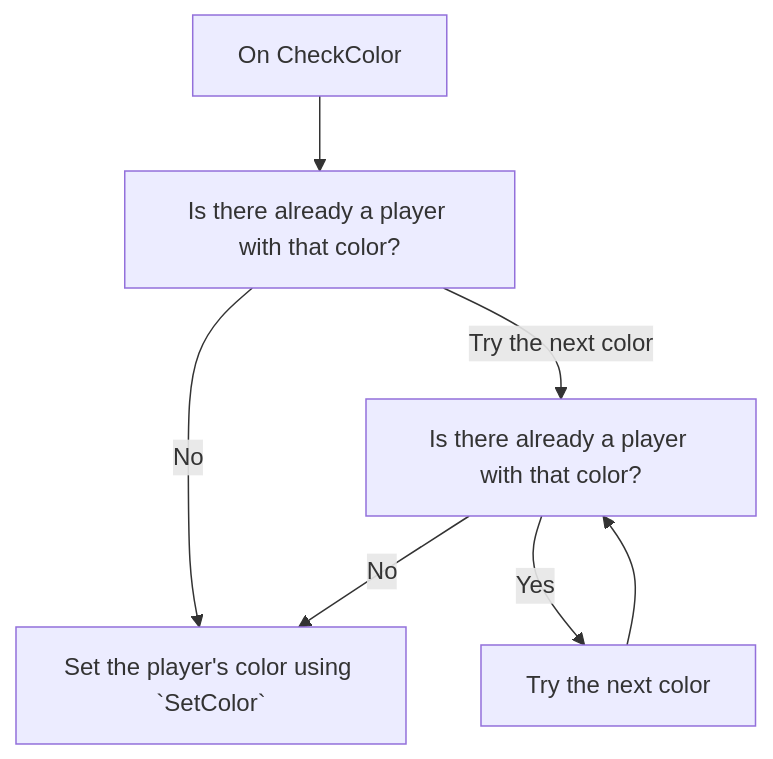
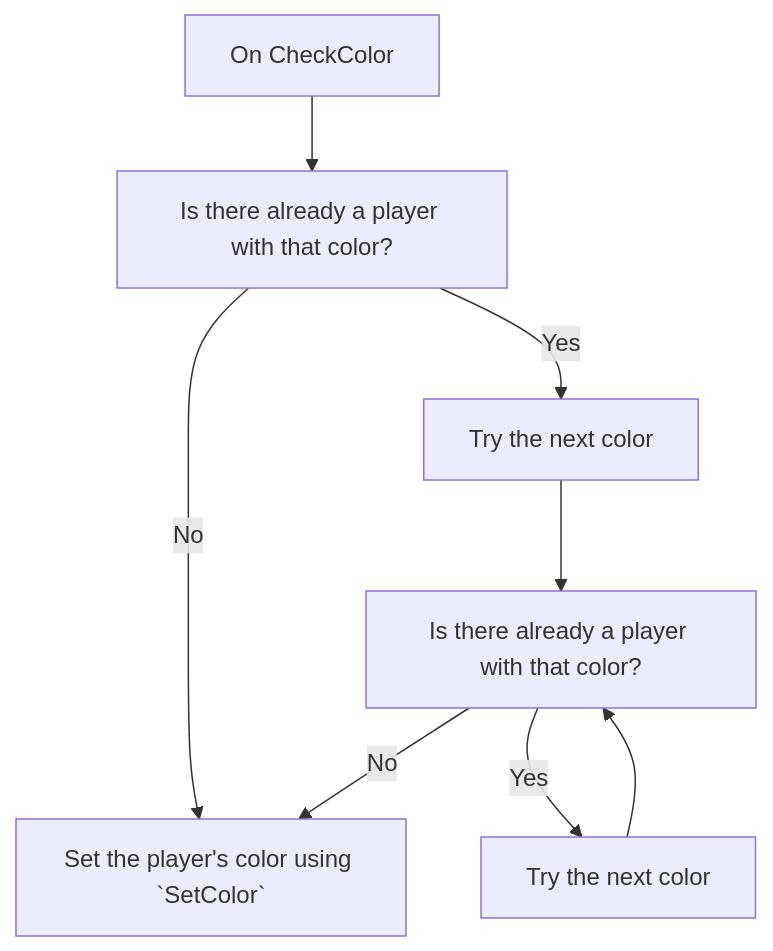
One commit to MrMelon54/auwiki changed the diagram in content/networking/rpc/check_color_diagram.mmd. Above: the diagram before and after it, drawn with Mermaid. The commit also changed 1 other file, not shown here.

Commit message:
Improve color diagram clarity

```diff
--- a/content/networking/rpc/check_color_diagram.mmd
+++ b/content/networking/rpc/check_color_diagram.mmd
@@ -1,14 +1,16 @@
 flowchart TB
     checkColor[On CheckColor] --> alreadyExists
     alreadyExists[Is there already a player with that color?]
 
-    alreadyExists -- Try the next color --> loop
+    alreadyExists -- Yes --> tryNextColor
     alreadyExists -- No --> send
+
+    tryNextColor[Try the next color] --> loop
 
     loop[Is there already a player with that color?]
 
     loop -- No --> send
     loop -- Yes --> tryTheNextColor
     tryTheNextColor[Try the next color] --> loop
 
     send[Set the player's color using `SetColor`]
```
